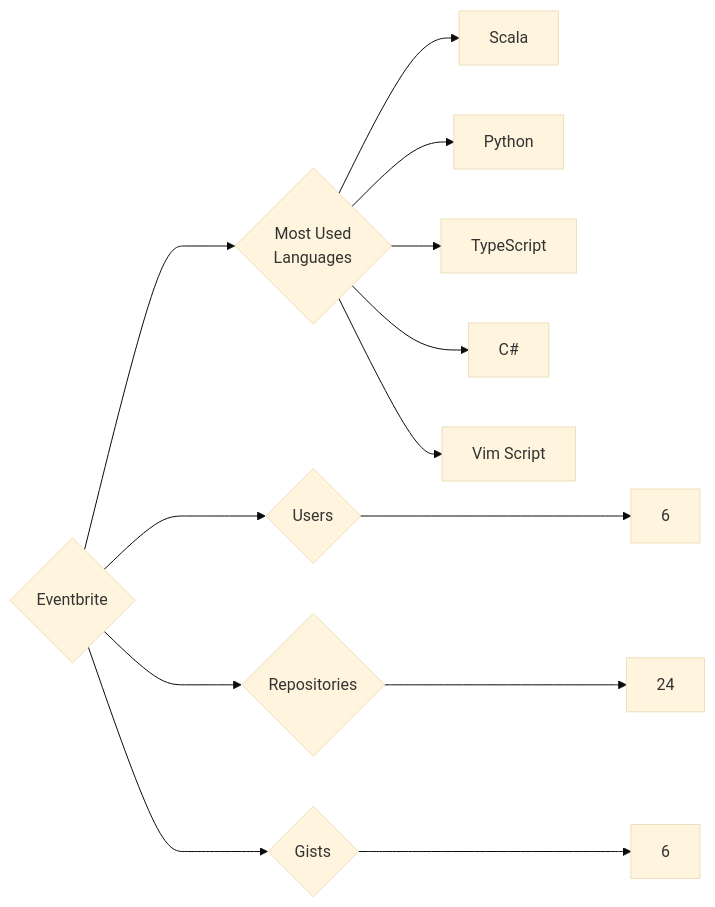
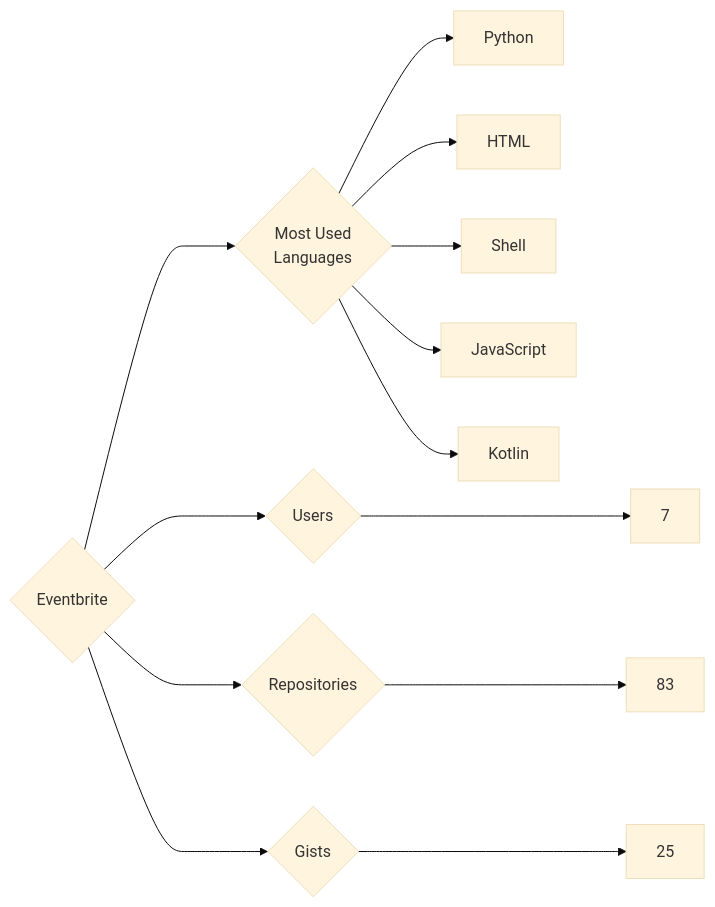
The diagram in targets/Eventbrite/README.md (trickest/insiders), drawn with Mermaid (base theme) before and after one commit. The commit also changed 1175 other files, not shown here.

````diff
--- a/targets/Eventbrite/README.md
+++ b/targets/Eventbrite/README.md
@@ -3,13 +3,13 @@
 ```mermaid
 graph LR
 COMPANY_NAME{Eventbrite}
-COMPANY_NAME ---> U{Users} ---> UN[6]
-COMPANY_NAME ---> R{Repositories} ---> RN[24]
-COMPANY_NAME ---> G{Gists} ---> GN[6]
+COMPANY_NAME ---> U{Users} ---> UN[7]
+COMPANY_NAME ---> R{Repositories} ---> RN[83]
+COMPANY_NAME ---> G{Gists} ---> GN[25]
 COMPANY_NAME ---> ML{Most Used<br>Languages}
-ML --> Scala[Scala]
 ML --> Python[Python]
-ML --> TypeScript[TypeScript]
-ML --> C#[C#]
-ML --> Vim_Script[Vim Script]
+ML --> HTML[HTML]
+ML --> Shell[Shell]
+ML --> JavaScript[JavaScript]
+ML --> Kotlin[Kotlin]
 ```
````
